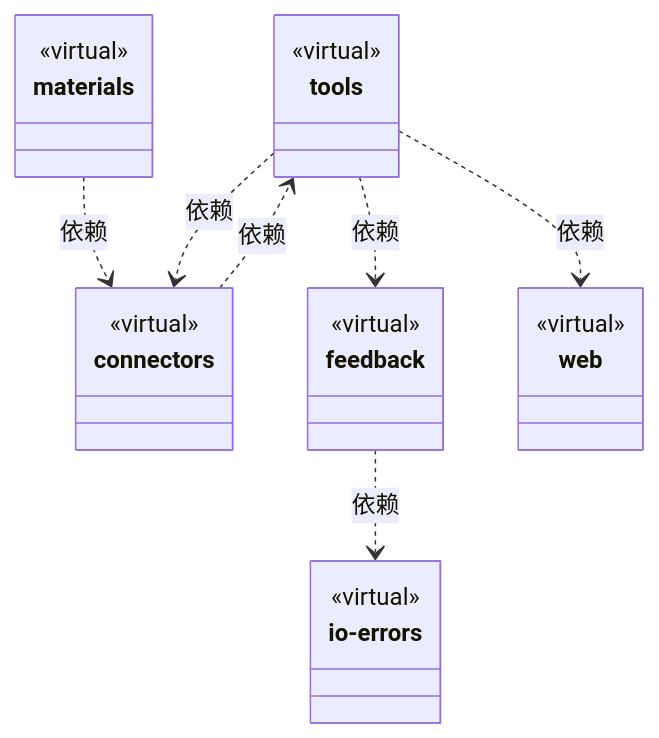
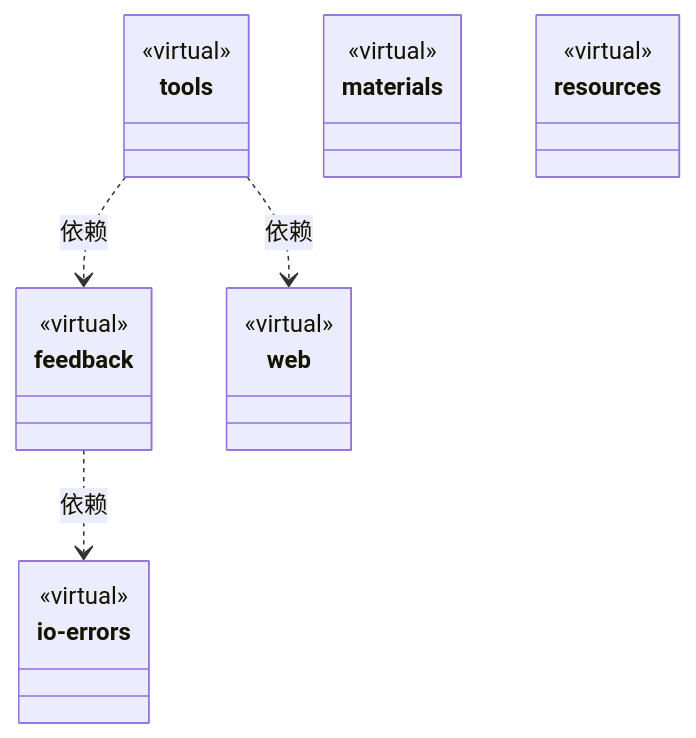
One commit to nan023062/cbim changed the fourth of 5 diagrams in src/logic/ARCHITECTURE.md. Above: the diagram before and after it, drawn with Mermaid. The commit also changed other lines of this file and 374 other files, not shown here.

````diff
--- a/src/logic/ARCHITECTURE.md
+++ b/src/logic/ARCHITECTURE.md
@@ -159,33 +159,30 @@
 ```mermaid
 classDiagram
 class N_40cc50f98509["tools"] {
   <<virtual>>
 }
 click N_40cc50f98509 href "tools/ARCHITECTURE.md"
-class N_b734247ecb35["connectors"] {
-  <<virtual>>
-}
-click N_b734247ecb35 href "connectors/ARCHITECTURE.md"
 class N_f3f055d56704["feedback"] {
   <<virtual>>
 }
 click N_f3f055d56704 href "feedback/ARCHITECTURE.md"
 class N_e99b7cd6e11b["web"] {
   <<virtual>>
 }
 click N_e99b7cd6e11b href "web/ARCHITECTURE.md"
+class N_5aaa8e9daf01["io-errors"] {
+  <<virtual>>
+}
+click N_5aaa8e9daf01 href "io-errors/ARCHITECTURE.md"
 class N_b4b0dd19dbdf["materials"] {
   <<virtual>>
 }
 click N_b4b0dd19dbdf href "materials/ARCHITECTURE.md"
-class N_5aaa8e9daf01["io-errors"] {
+class N_a3428236c4a1["resources"] {
   <<virtual>>
 }
-click N_5aaa8e9daf01 href "io-errors/ARCHITECTURE.md"
-N_b734247ecb35 ..> N_40cc50f98509 : 依赖
+click N_a3428236c4a1 href "resources/ARCHITECTURE.md"
 N_f3f055d56704 ..> N_5aaa8e9daf01 : 依赖
-N_b4b0dd19dbdf ..> N_b734247ecb35 : 依赖
-N_40cc50f98509 ..> N_b734247ecb35 : 依赖
 N_40cc50f98509 ..> N_f3f055d56704 : 依赖
 N_40cc50f98509 ..> N_e99b7cd6e11b : 依赖
 ```
````
